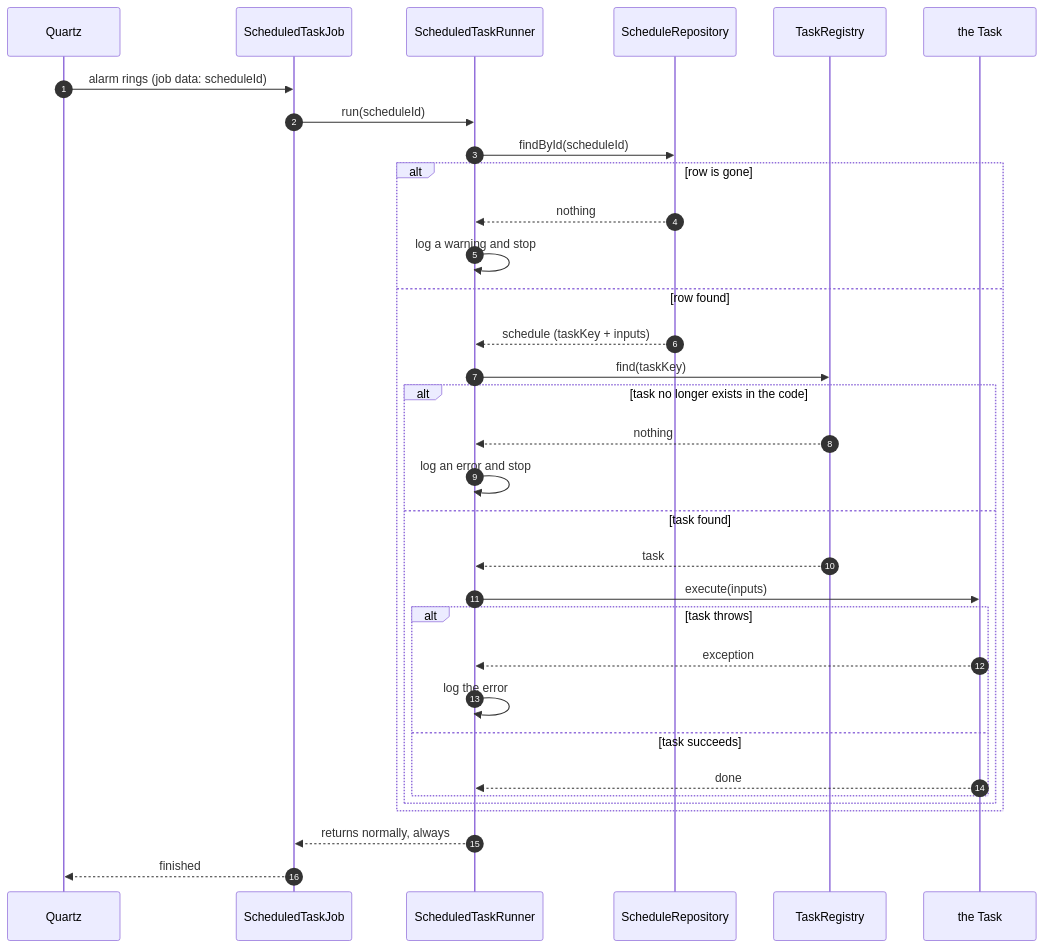
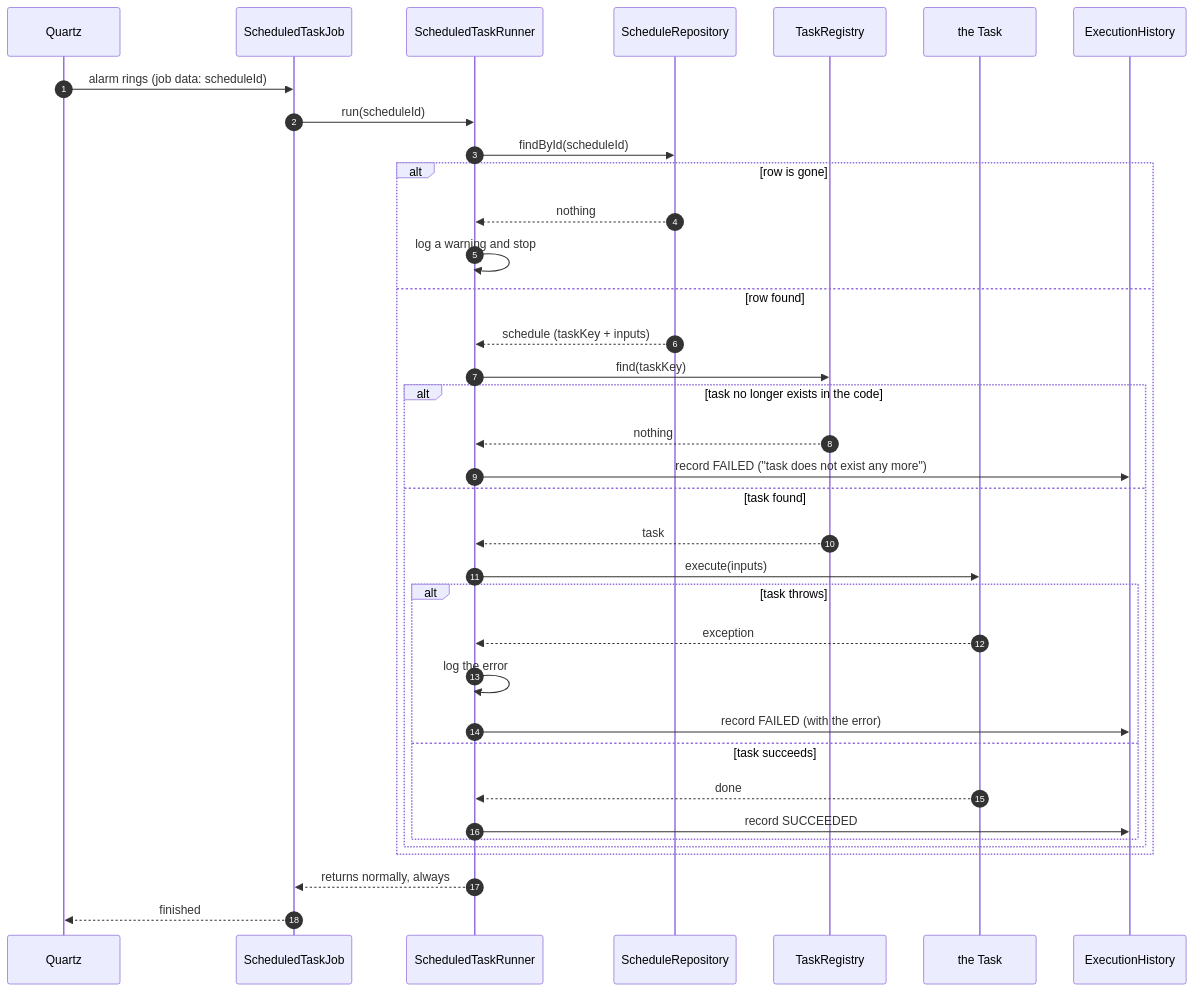
The seventh of 12 diagrams in DESIGN.md (yuvalzel1/scheduling-system), drawn with Mermaid before and after one commit. The commit also changed other lines of this file and 39 other files, not shown here.

First line of the commit message:
Add run history; tighten architecture and database rules; fix review findings

````diff
--- a/DESIGN.md
+++ b/DESIGN.md
@@ -360,37 +407,40 @@
 ```mermaid
 sequenceDiagram
     autonumber
     participant Qz as Quartz
     participant J as ScheduledTaskJob
     participant Rn as ScheduledTaskRunner
     participant R as ScheduleRepository
     participant TR as TaskRegistry
     participant T as the Task
+    participant H as ExecutionHistory
 
     Qz->>J: alarm rings (job data: scheduleId)
     J->>Rn: run(scheduleId)
     Rn->>R: findById(scheduleId)
 
     alt row is gone
         R-->>Rn: nothing
         Rn->>Rn: log a warning and stop
     else row found
         R-->>Rn: schedule (taskKey + inputs)
         Rn->>TR: find(taskKey)
         alt task no longer exists in the code
             TR-->>Rn: nothing
-            Rn->>Rn: log an error and stop
+            Rn->>H: record FAILED ("task does not exist any more")
         else task found
             TR-->>Rn: task
             Rn->>T: execute(inputs)
             alt task throws
                 T-->>Rn: exception
                 Rn->>Rn: log the error
+                Rn->>H: record FAILED (with the error)
             else task succeeds
                 T-->>Rn: done
+                Rn->>H: record SUCCEEDED
             end
         end
     end
     Rn-->>J: returns normally, always
     J-->>Qz: finished
 ```
````
